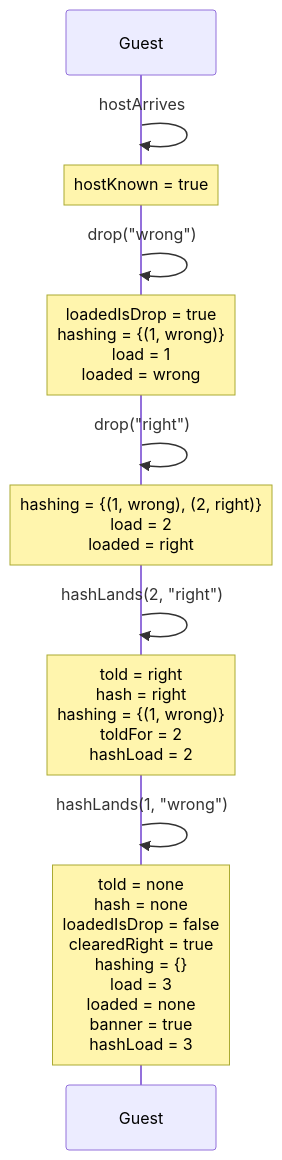
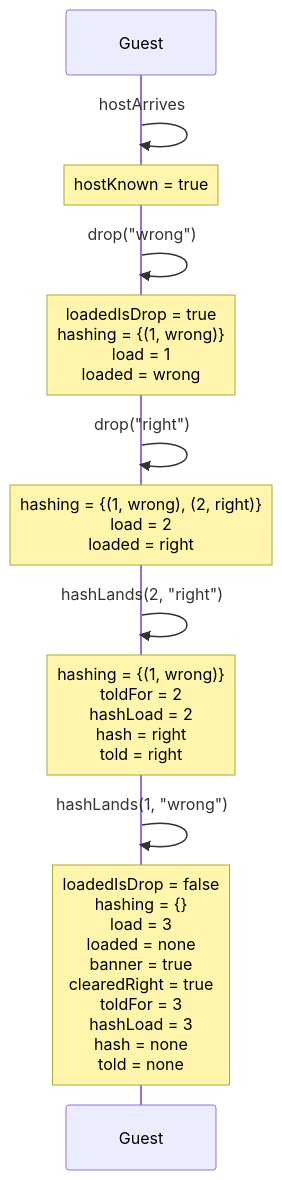
One commit to kwilson21/kaillera-next changed diagram 16 of 18 in docs/spec-traces.md. Above: the diagram before and after it, drawn with Mermaid. The commit also changed other lines of this file and 3 other files, not shown here.

````diff
--- a/docs/spec-traces.md
+++ b/docs/spec-traces.md
@@ -514,14 +514,14 @@
 ```mermaid
 sequenceDiagram
   participant Guest
   Guest->>Guest: hostArrives
   Note over Guest: hostKnown = true
   Guest->>Guest: drop("wrong")
   Note over Guest: loadedIsDrop = true<br/>hashing = {(1, wrong)}<br/>load = 1<br/>loaded = wrong
   Guest->>Guest: drop("right")
   Note over Guest: hashing = {(1, wrong), (2, right)}<br/>load = 2<br/>loaded = right
   Guest->>Guest: hashLands(2, "right")
-  Note over Guest: told = right<br/>hash = right<br/>hashing = {(1, wrong)}<br/>toldFor = 2<br/>hashLoad = 2
+  Note over Guest: hashing = {(1, wrong)}<br/>toldFor = 2<br/>hashLoad = 2<br/>hash = right<br/>told = right
   Guest->>Guest: hashLands(1, "wrong")
-  Note over Guest: told = none<br/>hash = none<br/>loadedIsDrop = false<br/>clearedRight = true<br/>hashing = {}<br/>load = 3<br/>loaded = none<br/>banner = true<br/>hashLoad = 3
+  Note over Guest: loadedIsDrop = false<br/>hashing = {}<br/>load = 3<br/>loaded = none<br/>banner = true<br/>clearedRight = true<br/>toldFor = 3<br/>hashLoad = 3<br/>hash = none<br/>told = none
 ```
````
